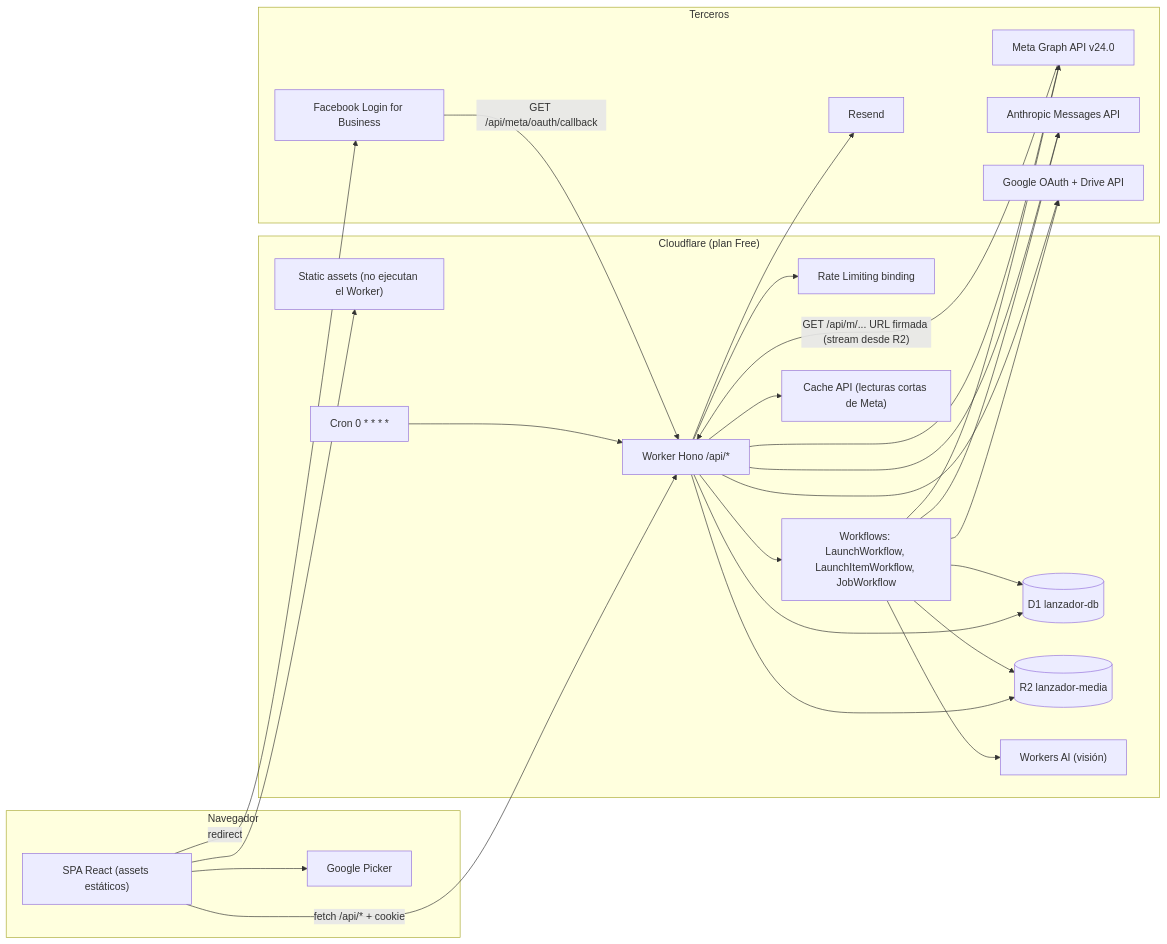
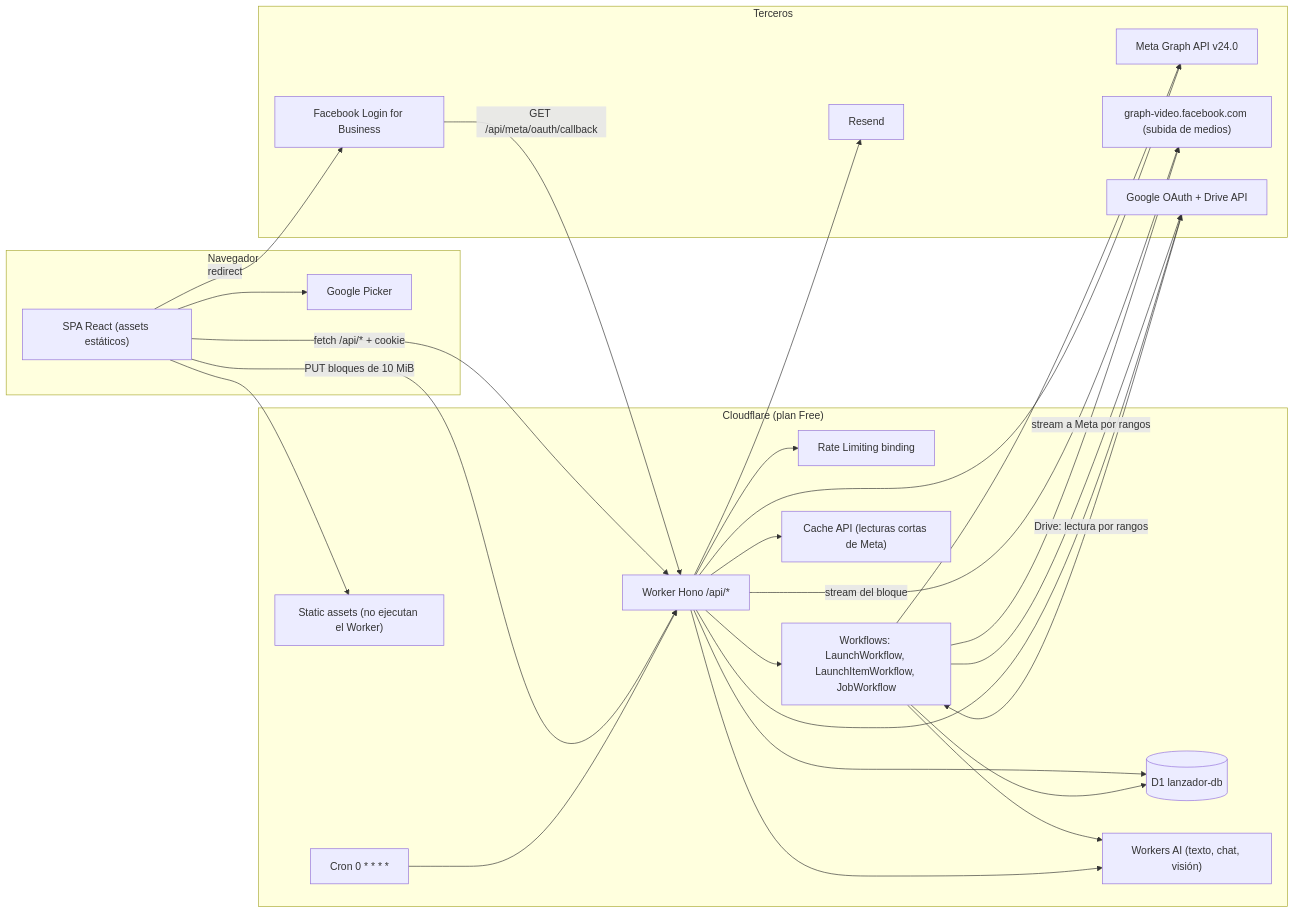
Before and after one commit to ilandaniele/lanzador-anuncios-ia: the diagram in docs/02-TRD.md, drawn with Mermaid. The commit also changed other lines of this file and 9 other files, not shown here.

````diff
--- a/docs/02-TRD.md
+++ b/docs/02-TRD.md
@@ -41,47 +40,46 @@
 ```mermaid
 flowchart LR
   subgraph Navegador
     SPA["SPA React (assets estáticos)"]
     PICK["Google Picker"]
   end
   subgraph Cloudflare["Cloudflare (plan Free)"]
     ASSETS["Static assets (no ejecutan el Worker)"]
     W["Worker Hono /api/*"]
     RL["Rate Limiting binding"]
     D1[("D1 lanzador-db")]
-    R2[("R2 lanzador-media")]
     WF["Workflows: LaunchWorkflow, LaunchItemWorkflow, JobWorkflow"]
     CRON["Cron 0 * * * *"]
-    WAI["Workers AI (visión)"]
+    WAI["Workers AI (texto, chat, visión)"]
     CACHE["Cache API (lecturas cortas de Meta)"]
   end
   subgraph Terceros
     META["Meta Graph API v24.0"]
+    GVID["graph-video.facebook.com (subida de medios)"]
     FLFB["Facebook Login for Business"]
     RESEND["Resend"]
-    ANTH["Anthropic Messages API"]
     GOOG["Google OAuth + Drive API"]
   end
   SPA --> ASSETS
   SPA -->|"fetch /api/* + cookie"| W
+  SPA -->|"PUT bloques de 10 MiB"| W
   SPA --> PICK
   SPA -->|"redirect"| FLFB
   FLFB -->|"GET /api/meta/oauth/callback"| W
   W --> RL
   W --> D1
-  W --> R2
   W --> CACHE
   W --> WF
   CRON --> W
   WF --> D1
-  WF --> R2
   WF --> META
   WF --> WAI
-  WF --> ANTH
   WF --> GOOG
   W --> META
+  W -->|"stream del bloque"| GVID
+  GOOG -->|"Drive: lectura por rangos"| WF
+  WF -->|"stream a Meta por rangos"| GVID
+  W --> WAI
   W --> RESEND
-  W --> ANTH
   W --> GOOG
-  META -->|"GET /api/m/... URL firmada (stream desde R2)"| W
 ```
````
